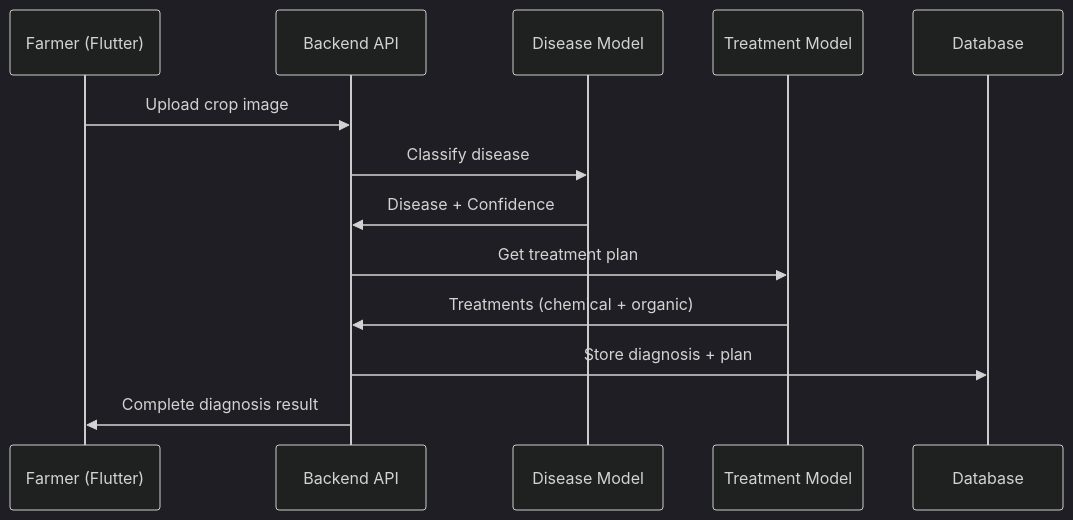
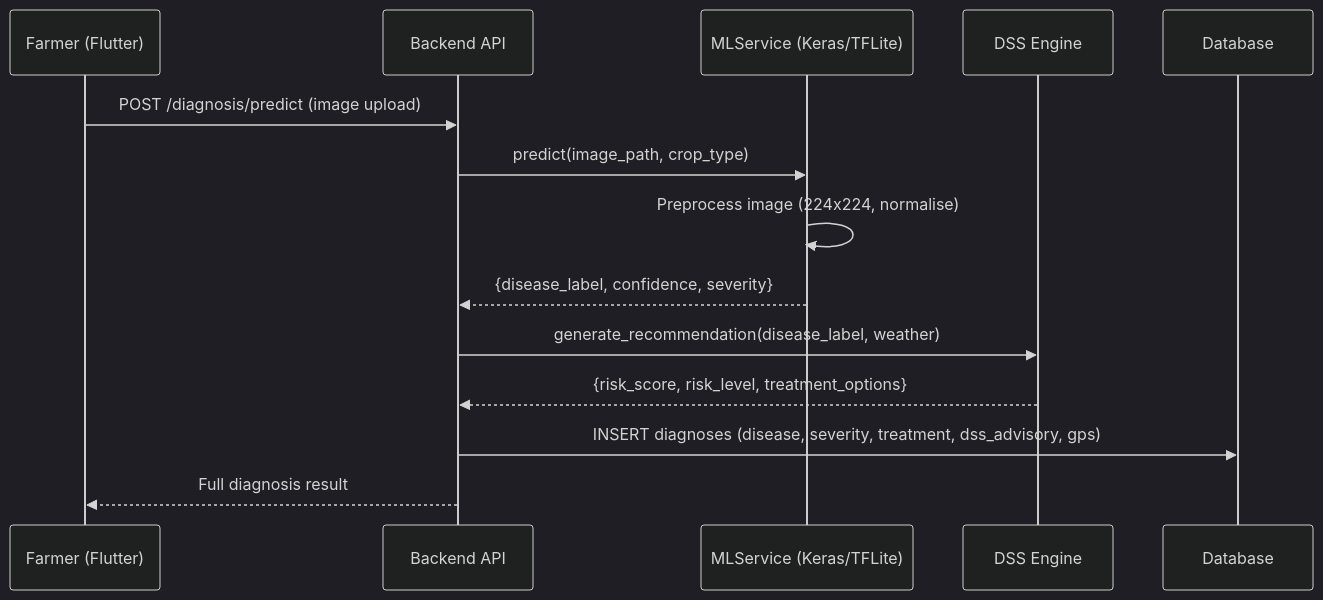
The diagram in docs/ML_DOCS.md (akshayks13/AI-Crop-Disease-Diagnosis-System), drawn with Mermaid (dark theme) before and after one commit. The commit also changed other lines of this file and 9 other files, not shown here.

````diff
--- a/docs/ML_DOCS.md
+++ b/docs/ML_DOCS.md
@@ -213,16 +188,17 @@
 ```mermaid
 sequenceDiagram
     participant F as Farmer (Flutter)
     participant B as Backend API
-    participant DM as Disease Model
-    participant TM as Treatment Model
+    participant ML as MLService (Keras/TFLite)
+    participant DSS as DSS Engine
     participant DB as Database
-    
-    F->>B: Upload crop image
-    B->>DM: Classify disease
-    DM->>B: Disease + Confidence
-    B->>TM: Get treatment plan
-    TM->>B: Treatments (chemical + organic)
-    B->>DB: Store diagnosis + plan
-    B->>F: Complete diagnosis result
+
+    F->>B: POST /diagnosis/predict (image upload)
+    B->>ML: predict(image_path, crop_type)
+    ML->>ML: Preprocess image (224x224, normalise)
+    ML-->>B: {disease_label, confidence, severity}
+    B->>DSS: generate_recommendation(disease_label, weather)
+    DSS-->>B: {risk_score, risk_level, treatment_options}
+    B->>DB: INSERT diagnoses (disease, severity, treatment, dss_advisory, gps)
+    B-->>F: Full diagnosis result
 ```
````
